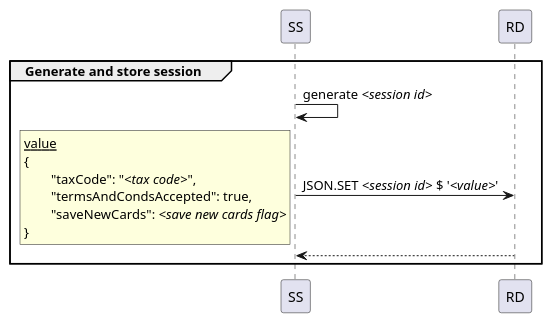
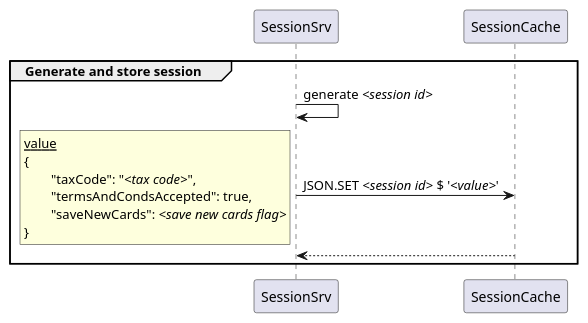
Before and after one commit to antoniotarricone/mil-apis: the diagram in puml/session/generate_and_store_session.puml, drawn with PlantUML. The commit also changed 35 other files, not shown here.

```diff
--- a/puml/session/generate_and_store_session.puml
+++ b/puml/session/generate_and_store_session.puml
@@ -1,15 +1,15 @@
 group Generate and store session
-	SS -> SS : generate //<session id>//
+	SessionSrv -> SessionSrv : generate //<session id>//
 	
-	SS -> RD : JSON.SET //<session id>// $ '//<value>//'
+	SessionSrv -> SessionCache : JSON.SET //<session id>// $ '//<value>//'
 		rnote left
 			__value__
 			{
 				"taxCode": "//<tax code>//",
 				"termsAndCondsAccepted": true,
 				"saveNewCards": //<save new cards flag>//
 			}
 		end note
 	
-	RD --> SS
+	SessionCache --> SessionSrv
 end
```
